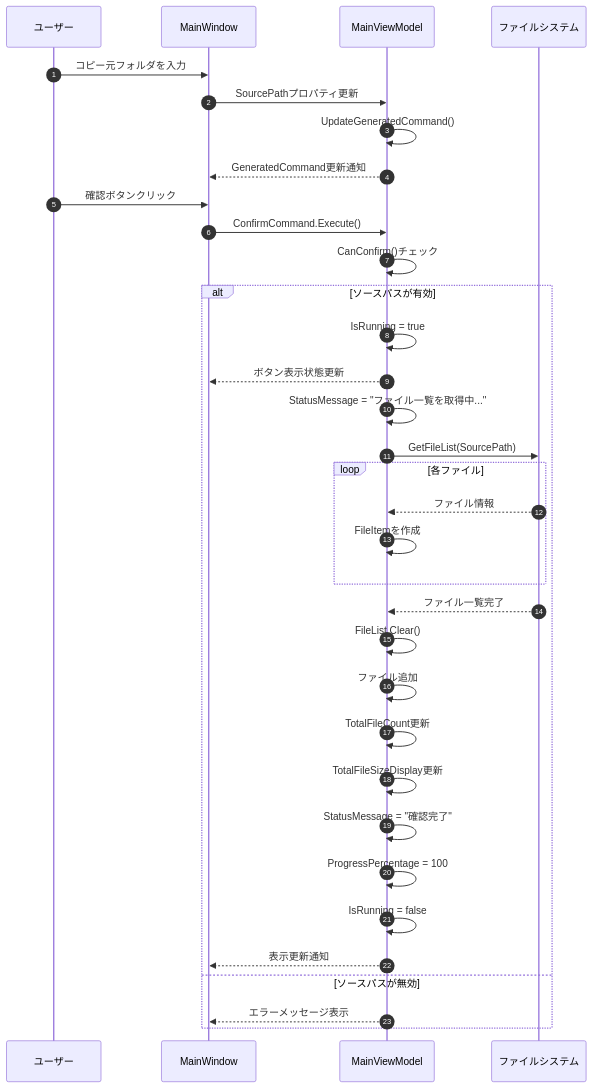
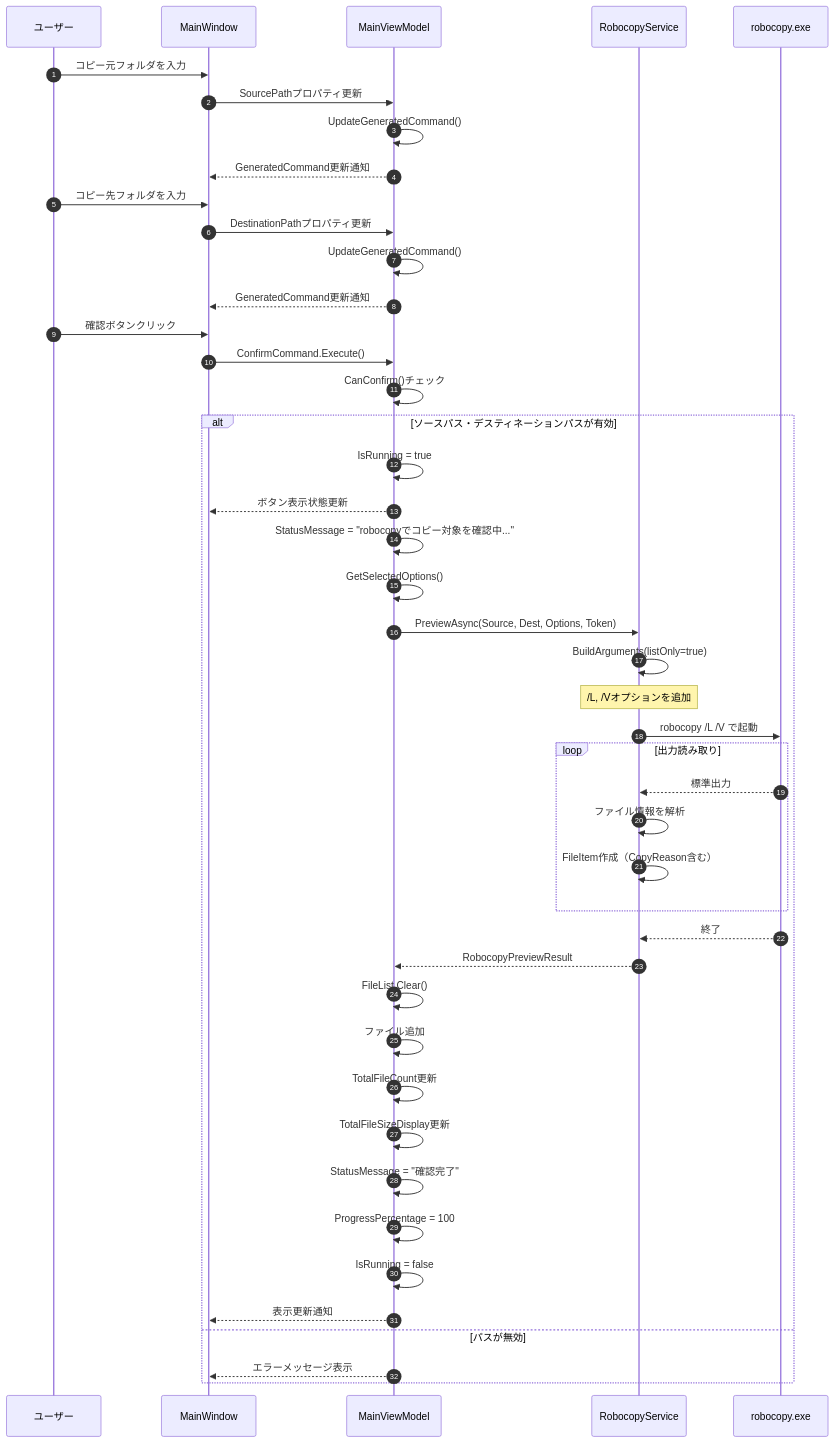
Before and after one commit to hn770123/GUI-robocopy: the first of 5 diagrams in docs/sequence-diagram.md, drawn with Mermaid. The commit also changed other lines of this file and 4 other files, not shown here.

````diff
--- a/docs/sequence-diagram.md
+++ b/docs/sequence-diagram.md
@@ -9,41 +10,55 @@
 ```mermaid
 sequenceDiagram
     autonumber
     participant User as ユーザー
     participant View as MainWindow
     participant VM as MainViewModel
-    participant FileSystem as ファイルシステム
+    participant Service as RobocopyService
+    participant Process as robocopy.exe
 
     User->>View: コピー元フォルダを入力
     View->>VM: SourcePathプロパティ更新
+    VM->>VM: UpdateGeneratedCommand()
+    VM-->>View: GeneratedCommand更新通知
+    
+    User->>View: コピー先フォルダを入力
+    View->>VM: DestinationPathプロパティ更新
     VM->>VM: UpdateGeneratedCommand()
     VM-->>View: GeneratedCommand更新通知
     
     User->>View: 確認ボタンクリック
     View->>VM: ConfirmCommand.Execute()
     VM->>VM: CanConfirm()チェック
     
-    alt ソースパスが有効
+    alt ソースパス・デスティネーションパスが有効
         VM->>VM: IsRunning = true
         VM-->>View: ボタン表示状態更新
-        VM->>VM: StatusMessage = "ファイル一覧を取得中..."
+        VM->>VM: StatusMessage = "robocopyでコピー対象を確認中..."
+        VM->>VM: GetSelectedOptions()
         
-        VM->>FileSystem: GetFileList(SourcePath)
-        loop 各ファイル
-            FileSystem-->>VM: ファイル情報
-            VM->>VM: FileItemを作成
+        VM->>Service: PreviewAsync(Source, Dest, Options, Token)
+        Service->>Service: BuildArguments(listOnly=true)
+        Note over Service: /L, /Vオプションを追加
+        Service->>Process: robocopy /L /V で起動
+        
+        loop 出力読み取り
+            Process-->>Service: 標準出力
+            Service->>Service: ファイル情報を解析
+            Service->>Service: FileItem作成（CopyReason含む）
         end
-        FileSystem-->>VM: ファイル一覧完了
+        
+        Process-->>Service: 終了
+        Service-->>VM: RobocopyPreviewResult
         
         VM->>VM: FileList.Clear()
         VM->>VM: ファイル追加
         VM->>VM: TotalFileCount更新
         VM->>VM: TotalFileSizeDisplay更新
         VM->>VM: StatusMessage = "確認完了"
         VM->>VM: ProgressPercentage = 100
         VM->>VM: IsRunning = false
         VM-->>View: 表示更新通知
-    else ソースパスが無効
+    else パスが無効
         VM-->>View: エラーメッセージ表示
     end
 ```
````
